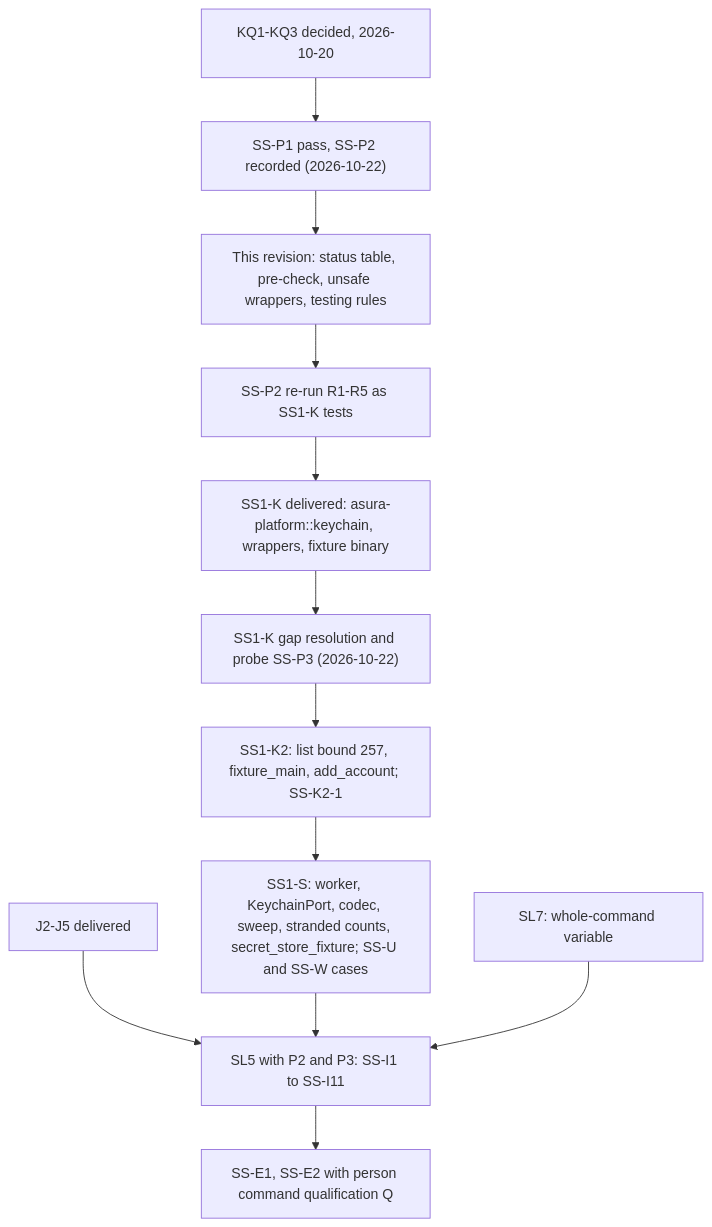
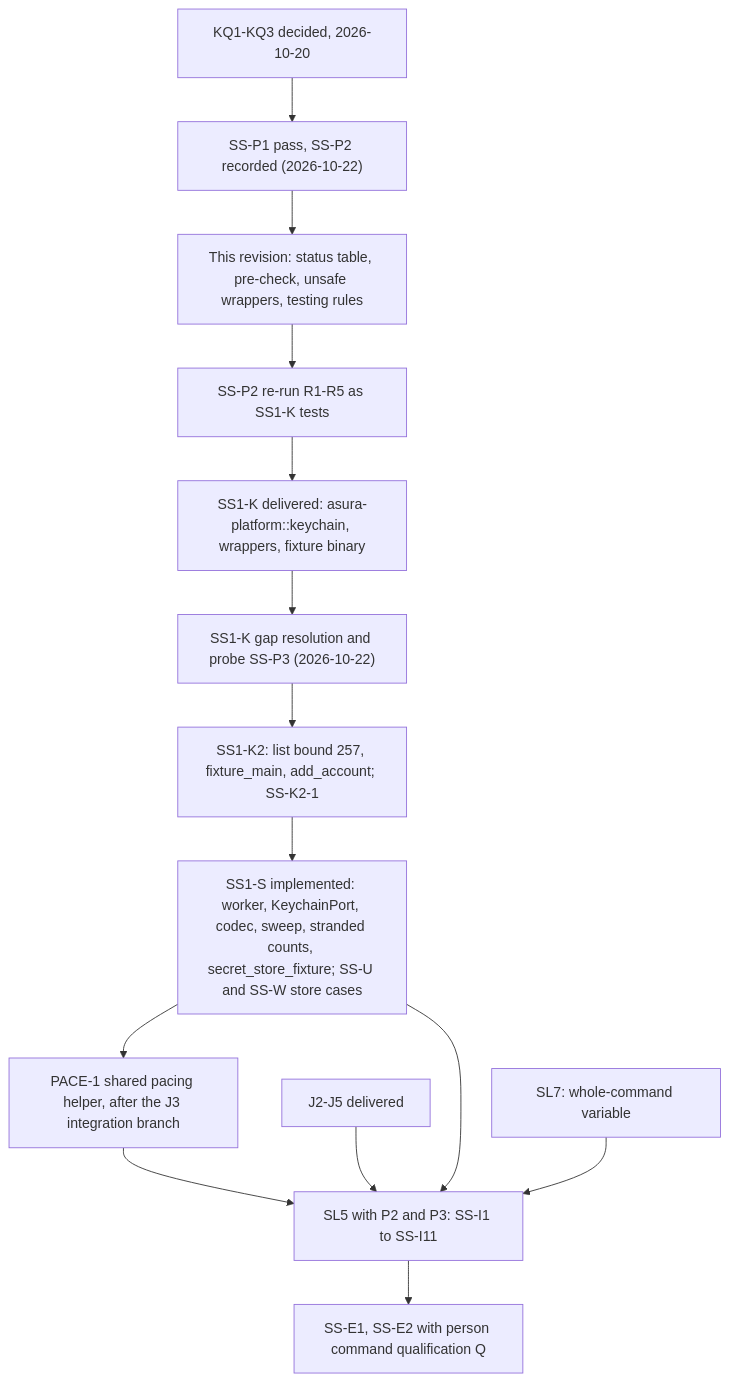
One commit to pidster/asura changed the fourth of 4 diagrams in docs/designs/secret-store.md. Above: the diagram before and after it, drawn with Mermaid. The commit also changed other lines of this file and 4 other files, not shown here.

````diff
--- a/docs/designs/secret-store.md
+++ b/docs/designs/secret-store.md
@@ -835,14 +851,16 @@
 ```mermaid
 flowchart TD
     KQ["KQ1-KQ3 decided, 2026-10-20"] --> Probe["SS-P1 pass, SS-P2 recorded (2026-10-22)"]
     Probe --> Rev["This revision: status table, pre-check, unsafe wrappers, testing rules"]
     Rev --> Rerun["SS-P2 re-run R1-R5 as SS1-K tests"]
     Rerun --> SSK["SS1-K delivered: asura-platform::keychain, wrappers, fixture binary"]
     SSK --> Gaps["SS1-K gap resolution and probe SS-P3 (2026-10-22)"]
     Gaps --> SSK2["SS1-K2: list bound 257, fixture_main, add_account; SS-K2-1"]
-    SSK2 --> SSS["SS1-S: worker, KeychainPort, codec, sweep, stranded counts, secret_store_fixture; SS-U and SS-W cases"]
+    SSK2 --> SSS["SS1-S implemented: worker, KeychainPort, codec, sweep, stranded counts, secret_store_fixture; SS-U and SS-W store cases"]
+    SSS --> PACE["PACE-1 shared pacing helper, after the J3 integration branch"]
+    PACE --> SL5
     J["J2-J5 delivered"] --> SL5["SL5 with P2 and P3: SS-I1 to SS-I11"]
     SSS --> SL5
     SL7["SL7: whole-command variable"] --> SL5
     SL5 --> E2E["SS-E1, SS-E2 with person command qualification Q"]
 ```
````
